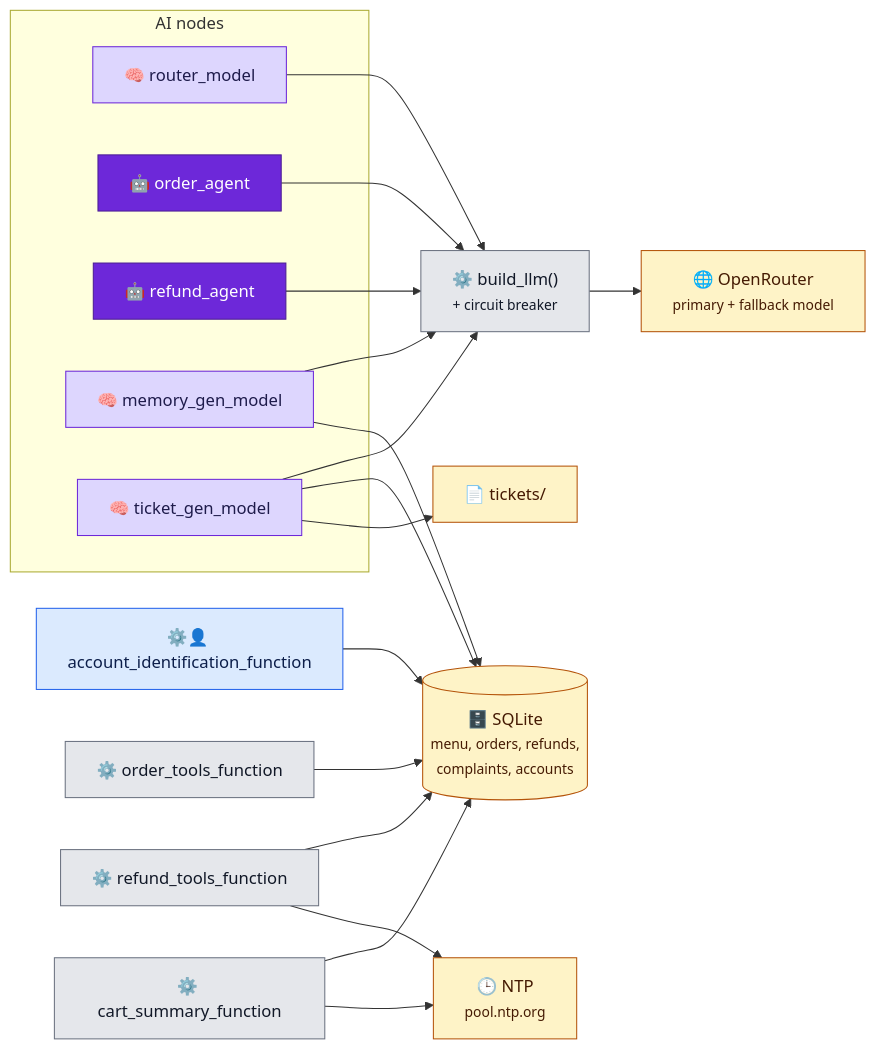
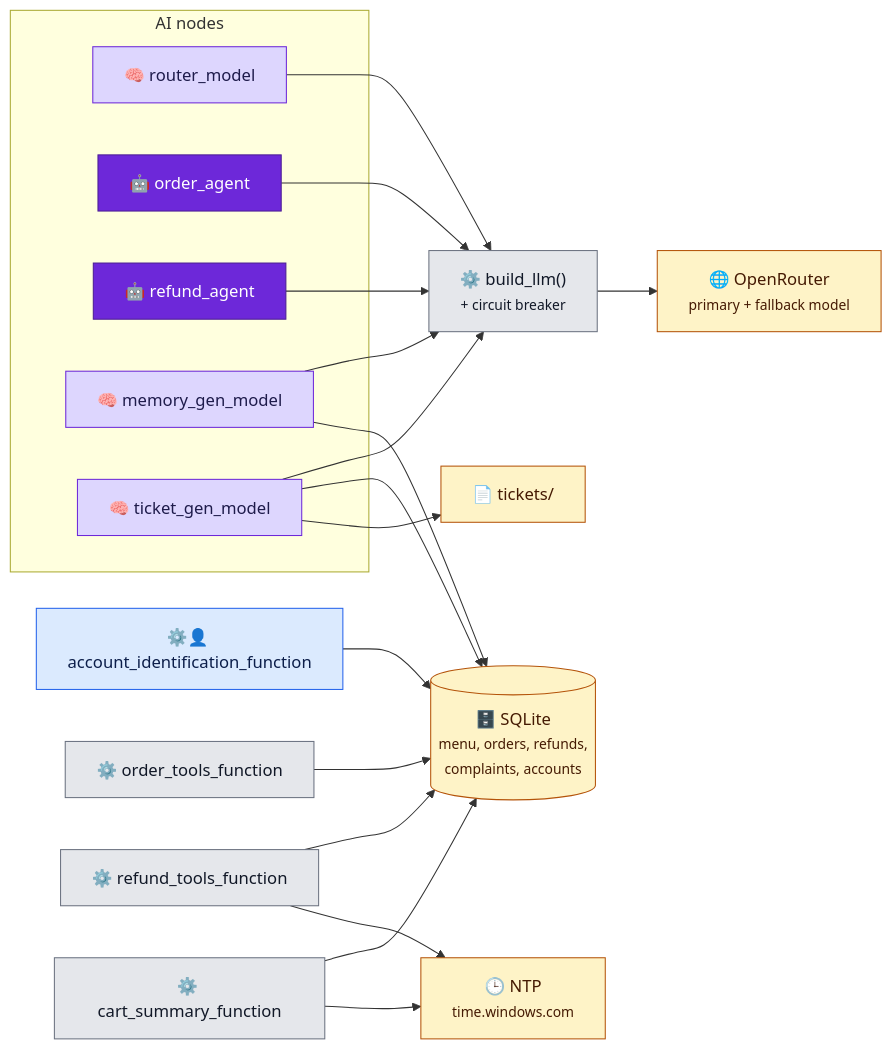
One commit to oddbullet/customer-support-fde changed the second of 2 diagrams in docs/ARCHITECTURE.md. Above: the diagram before and after it, drawn with Mermaid. The commit also changed 4 other files, not shown here.

Commit message:
fix: update NTP server references to use time.windows.com

````diff
--- a/docs/ARCHITECTURE.md
+++ b/docs/ARCHITECTURE.md
@@ -108,39 +108,39 @@
 ```mermaid
 flowchart LR
     subgraph AI["AI nodes"]
         router_model["🧠 router_model"]
         order_agent["🤖 order_agent"]
         refund_agent["🤖 refund_agent"]
         memory_gen_model["🧠 memory_gen_model"]
         ticket_gen_model["🧠 ticket_gen_model"]
     end
 
     build_llm["⚙️ build_llm()<br/><small>+ circuit breaker</small>"]
     openrouter["🌐 OpenRouter<br/><small>primary + fallback model</small>"]
     sqlite[("🗄️ SQLite<br/><small>menu, orders, refunds,<br/>complaints, accounts</small>")]
-    ntp["🕒 NTP<br/><small>pool.ntp.org</small>"]
+    ntp["🕒 NTP<br/><small>time.windows.com</small>"]
     tickets["📄 tickets/"]
 
     router_model & order_agent & refund_agent & memory_gen_model & ticket_gen_model --> build_llm --> openrouter
 
     account_identification_function["⚙️👤 account_identification_function"] --> sqlite
     order_tools_function["⚙️ order_tools_function"] --> sqlite
     refund_tools_function["⚙️ refund_tools_function"] --> sqlite
     refund_tools_function --> ntp
     cart_summary_function["⚙️ cart_summary_function"] --> sqlite
     cart_summary_function --> ntp
     memory_gen_model --> sqlite
     ticket_gen_model --> sqlite
     ticket_gen_model --> tickets
 
     classDef agent fill:#6d28d9,stroke:#4c1d95,color:#ffffff
     classDef model fill:#ddd6fe,stroke:#6d28d9,color:#1e1b4b
     classDef func fill:#e5e7eb,stroke:#6b7280,color:#111827
     classDef human fill:#dbeafe,stroke:#2563eb,color:#0c1e4a
     classDef ext fill:#fef3c7,stroke:#b45309,color:#451a03
     class order_agent,refund_agent agent
     class router_model,memory_gen_model,ticket_gen_model model
     class build_llm,order_tools_function,refund_tools_function,cart_summary_function func
     class account_identification_function human
     class openrouter,sqlite,ntp,tickets ext
 ```
````
